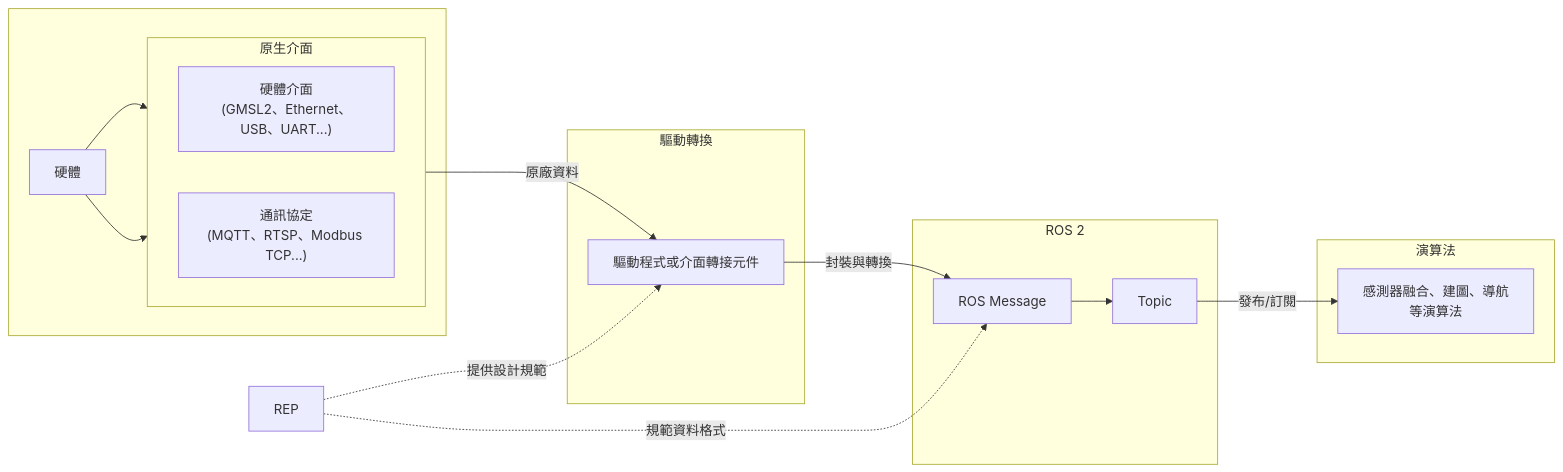
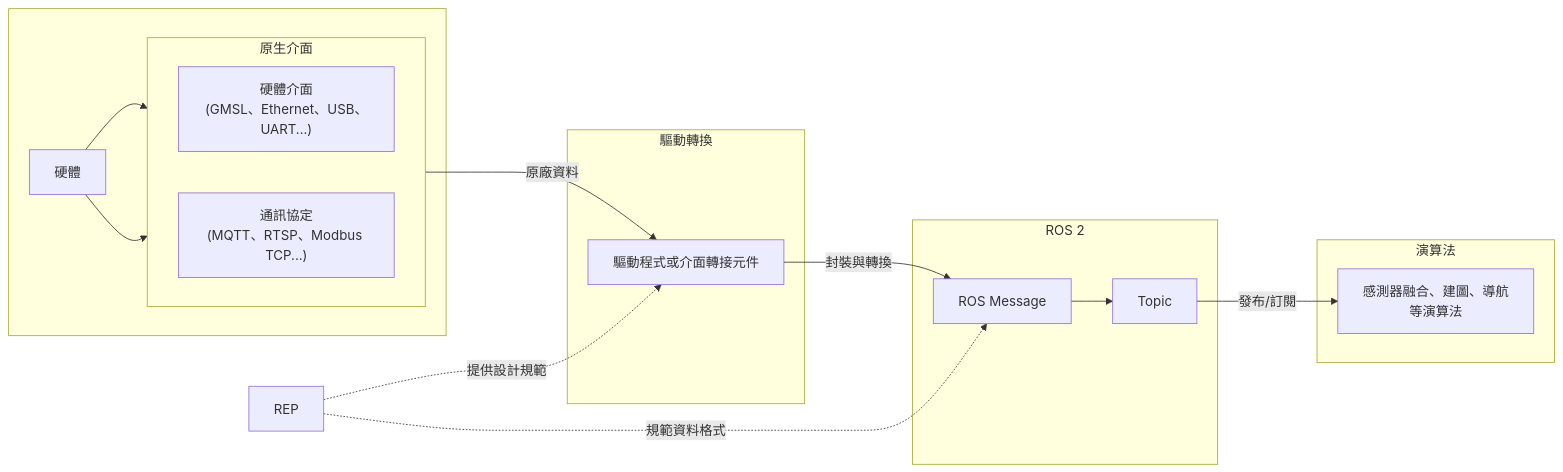
One commit to weilingwu772/guide-repo changed the first of 2 diagrams in CH1-3_ROS_2_engineering_standards_for_sensor_fusion.md. Above: the diagram before and after it, drawn with Mermaid. The commit also changed 6 other files, not shown here.

````diff
--- a/CH1-3_ROS_2_engineering_standards_for_sensor_fusion.md
+++ b/CH1-3_ROS_2_engineering_standards_for_sensor_fusion.md
@@ -9,38 +9,38 @@
 ```mermaid
 flowchart LR
     subgraph HW[" "]
         S["硬體"]
 
         subgraph NI["原生介面"]
             direction LR
-            HI["硬體介面<br/>(GMSL2、Ethernet、USB、UART...)"]
+            HI["硬體介面<br/>(GMSL、Ethernet、USB、UART...)"]
             CP["通訊協定<br/>(MQTT、RTSP、Modbus TCP...)"]
         end
 
         S --> HI
         S --> CP
     end
 
     subgraph CONV["驅動轉換"]
         DA["驅動程式或介面轉接元件"]
     end
 
     subgraph ROS["ROS 2"]
         MSG["ROS Message"]
         TOPIC["Topic"]
         MSG --> TOPIC
     end
 
     subgraph APP["演算法"]
         ALG["感測器融合、建圖、導航<br/>等演算法"]
     end
 
     NI -->|"原廠資料"| DA
     DA -->|"封裝與轉換"| MSG
     TOPIC -->|"發布/訂閱"| ALG
 
     REP["REP"]
 
     REP -.->|"提供設計規範"| DA
     REP -.->|"規範資料格式"| MSG
 ```
````
